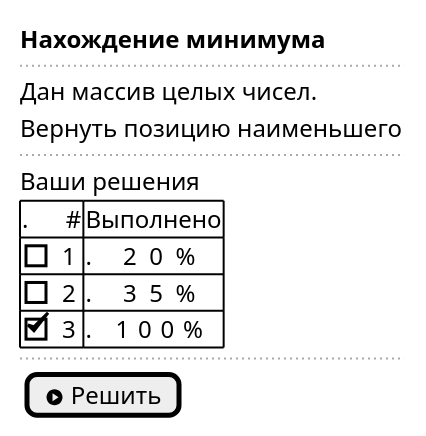
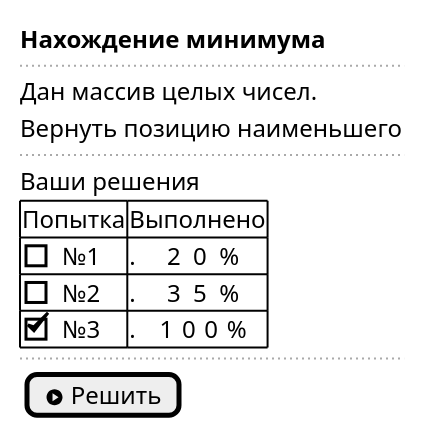
Before and after one commit to Daemon712/foobarbaz-backend: the diagram in design/ui/challenge_view.puml, drawn with PlantUML. The commit also changed 2 other files, not shown here.

```diff
--- a/design/ui/challenge_view.puml
+++ b/design/ui/challenge_view.puml
@@ -1,20 +1,20 @@
 @startuml
 salt
 {
     <b>Нахождение минимума
     ..
     Дан массив целых чисел.
     Вернуть позицию наименьшего
     ..
     Ваши решения
     {#
-        .      #|Выполнено
-        []1     |.         20%
-        []2     |.         35%
-        [X]3    |.        100%
+        Попытка|Выполнено
+        []№1   |.         20%
+        []№2   |.         35%
+        [X]№3  |.        100%
 
     }
     ..
     {[<&play-circle> Решить]}
 }
 @enduml
```
